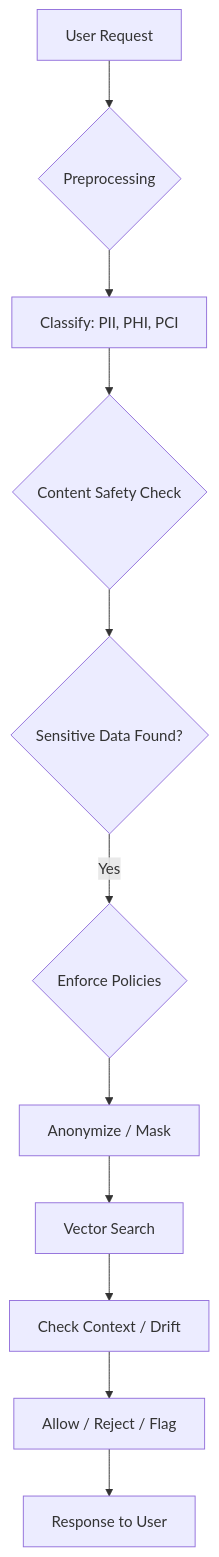
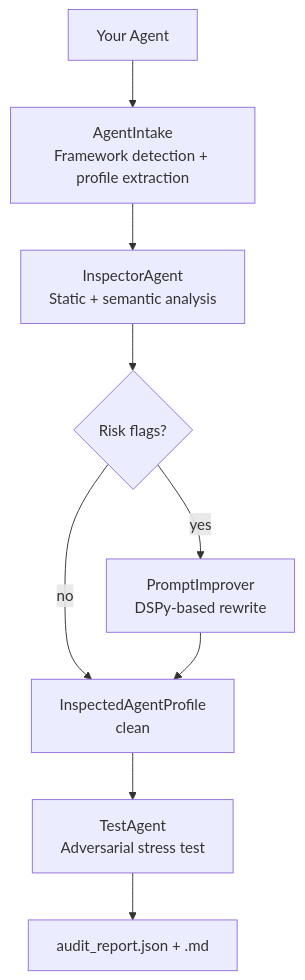
Before and after one commit to nitin3150/agentsentinal: the diagram in README.md, drawn with Mermaid. The commit also changed other lines of this file and 1 other file, not shown here.

````diff
--- a/README.md
+++ b/README.md
@@ -65,13 +63,11 @@
 ```mermaid
 flowchart TD
-    A[User Request] --> B{Preprocessing}
-    B --> C[Classify: PII, PHI, PCI]
-    C --> D{Content Safety Check}
-    D --> E{Sensitive Data Found?}
-    E -->|Yes| F{Enforce Policies}
-    F --> G[Anonymize / Mask]
-    G --> H[Vector Search]
-    H --> I[Check Context / Drift]
-    I --> J[Allow / Reject / Flag]
-    J --> K[Response to User]
+    A[Your Agent] --> B[AgentIntake\nFramework detection + profile extraction]
+    B --> C[InspectorAgent\nStatic + semantic analysis]
+    C --> D{Risk flags?}
+    D -->|yes| E[PromptImprover\nDSPy-based rewrite]
+    D -->|no| F[InspectedAgentProfile\nclean]
+    E --> F
+    F --> G[TestAgent\nAdversarial stress test]
+    G --> H[audit_report.json + .md]
 ```
````
